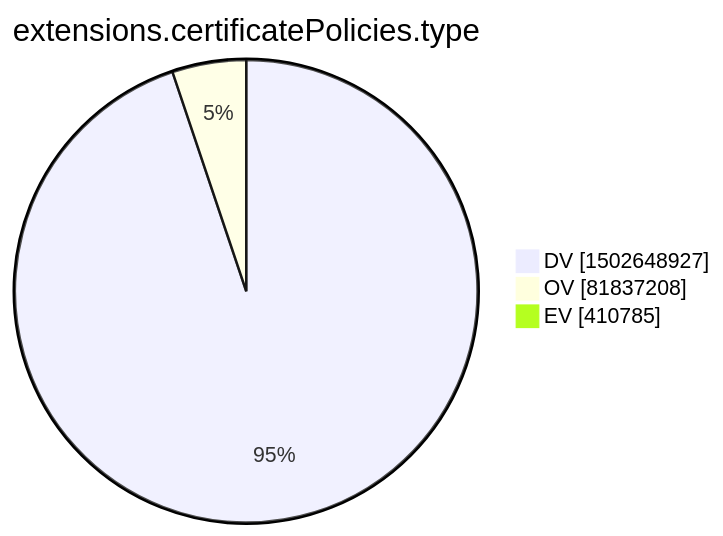
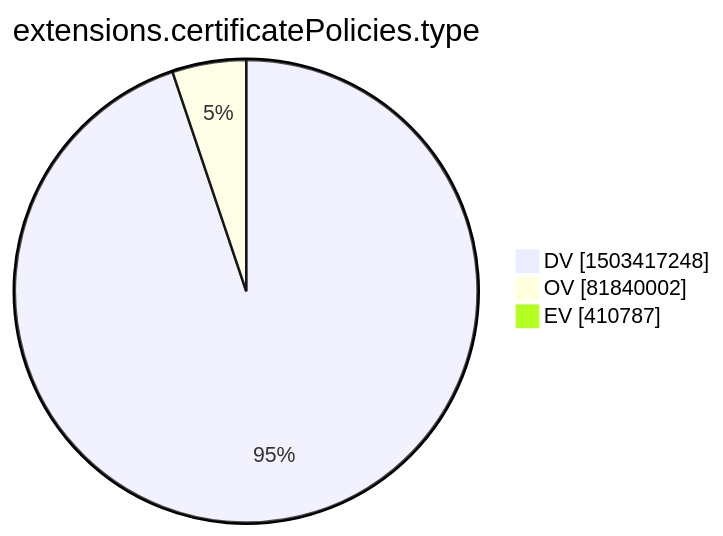
Before and after one commit to christiankrug/ctmonitor_visualization: the tenth of 15 diagrams in xenon2022/README.md, drawn with Mermaid. The commit also changed other lines of this file, not shown here.

````diff
--- a/xenon2022/README.md
+++ b/xenon2022/README.md
@@ -2874,7 +2874,7 @@
 ```mermaid
 pie showData
 title extensions.certificatePolicies.type
-"DV" :1502648927
-"OV" :81837208
-"EV" :410785
+"DV" :1503417248
+"OV" :81840002
+"EV" :410787
 ```
````
